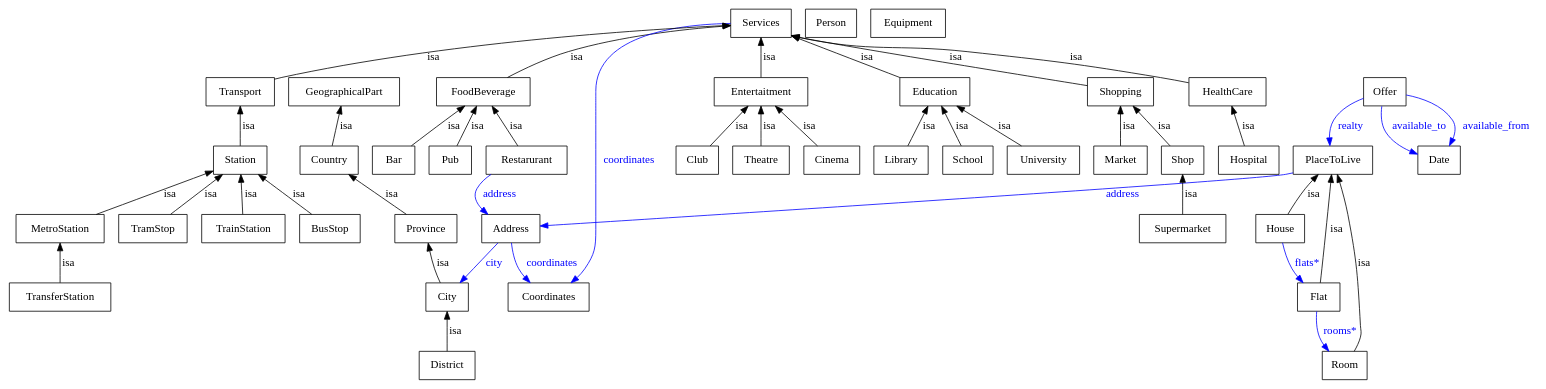
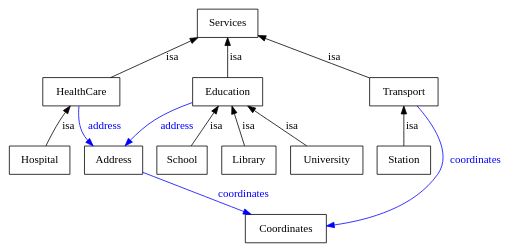
The diagram in trunk/protege/house.dot (deric/housing), drawn with Graphviz before and after one commit. The commit also changed 5 other files, not shown here.

```diff
--- a/trunk/protege/house.dot
+++ b/trunk/protege/house.dot
@@ -1,87 +1,27 @@
 digraph house {
 	node [label="\N"];
-	graph [bb="0,0,1860,486"];
-	PlaceToLive [label=PlaceToLive, shape=box, color="0.0,0.0,0.0", fontcolor="0.0,0.0,0.0", pos="1610,288", width="1.33", height="0.50"];
-	Address [label=Address, shape=box, color="0.0,0.0,0.0", fontcolor="0.0,0.0,0.0", pos="606,198", width="0.97", height="0.50"];
-	District [label=District, shape=box, color="0.0,0.0,0.0", fontcolor="0.0,0.0,0.0", pos="535,18", width="0.92", height="0.50"];
-	City [label=City, shape=box, color="0.0,0.0,0.0", fontcolor="0.0,0.0,0.0", pos="535,108", width="0.75", height="0.50"];
-	Province [label=Province, shape=box, color="0.0,0.0,0.0", fontcolor="0.0,0.0,0.0", pos="504,198", width="1.03", height="0.50"];
-	Country [label=Country, shape=box, color="0.0,0.0,0.0", fontcolor="0.0,0.0,0.0", pos="378,288", width="1.00", height="0.50"];
-	Bar [label=Bar, shape=box, color="0.0,0.0,0.0", fontcolor="0.0,0.0,0.0", pos="459,288", width="0.75", height="0.50"];
-	FoodBeverage [label=FoodBeverage, shape=box, color="0.0,0.0,0.0", fontcolor="0.0,0.0,0.0", pos="569,378", width="1.58", height="0.50"];
-	Club [label=Club, shape=box, color="0.0,0.0,0.0", fontcolor="0.0,0.0,0.0", pos="835,288", width="0.75", height="0.50"];
-	Entertaitment [label=Entertaitment, shape=box, color="0.0,0.0,0.0", fontcolor="0.0,0.0,0.0", pos="915,378", width="1.58", height="0.50"];
-	TramStop [label=TramStop, shape=box, color="0.0,0.0,0.0", fontcolor="0.0,0.0,0.0", pos="172,198", width="1.11", height="0.50"];
-	Station [label=Station, shape=box, color="0.0,0.0,0.0", fontcolor="0.0,0.0,0.0", pos="272,288", width="0.92", height="0.50"];
-	Restarurant [label=Restarurant, shape=box, color="0.0,0.0,0.0", fontcolor="0.0,0.0,0.0", pos="625,288", width="1.36", height="0.50"];
-	TrainStation [label=TrainStation, shape=box, color="0.0,0.0,0.0", fontcolor="0.0,0.0,0.0", pos="280,198", width="1.39", height="0.50"];
-	Education [label=Education, shape=box, color="0.0,0.0,0.0", fontcolor="0.0,0.0,0.0", pos="1126,378", width="1.17", height="0.50"];
-	Services [label=Services, shape=box, color="0.0,0.0,0.0", fontcolor="0.0,0.0,0.0", pos="915,468", width="1.00", height="0.50"];
-	Library [label=Library, shape=box, color="0.0,0.0,0.0", fontcolor="0.0,0.0,0.0", pos="1086,288", width="0.89", height="0.50"];
-	Coordinates [label=Coordinates, shape=box, color="0.0,0.0,0.0", fontcolor="0.0,0.0,0.0", pos="669,108", width="1.36", height="0.50"];
-	Transport [label=Transport, shape=box, color="0.0,0.0,0.0", fontcolor="0.0,0.0,0.0", pos="272,378", width="1.11", height="0.50"];
-	Room [label=Room, shape=box, color="0.0,0.0,0.0", fontcolor="0.0,0.0,0.0", pos="1624,18", width="0.75", height="0.50"];
-	Offer [label=Offer, shape=box, color="0.0,0.0,0.0", fontcolor="0.0,0.0,0.0", pos="1674,378", width="0.75", height="0.50"];
-	Date [label=Date, shape=box, color="0.0,0.0,0.0", fontcolor="0.0,0.0,0.0", pos="1742,288", width="0.75", height="0.50"];
-	Pub [label=Pub, shape=box, color="0.0,0.0,0.0", fontcolor="0.0,0.0,0.0", pos="531,288", width="0.75", height="0.50"];
-	Shopping [label=Shopping, shape=box, color="0.0,0.0,0.0", fontcolor="0.0,0.0,0.0", pos="1350,378", width="1.11", height="0.50"];
-	Person [label=Person, shape=box, color="0.0,0.0,0.0", fontcolor="0.0,0.0,0.0", pos="1000,468", width="0.86", height="0.50"];
-	Equipment [label=Equipment, shape=box, color="0.0,0.0,0.0", fontcolor="0.0,0.0,0.0", pos="1094,468", width="1.25", height="0.50"];
-	Flat [label=Flat, shape=box, color="0.0,0.0,0.0", fontcolor="0.0,0.0,0.0", pos="1592,108", width="0.75", height="0.50"];
-	MetroStation [label=MetroStation, shape=box, color="0.0,0.0,0.0", fontcolor="0.0,0.0,0.0", pos="61,198", width="1.47", height="0.50"];
-	Market [label=Market, shape=box, color="0.0,0.0,0.0", fontcolor="0.0,0.0,0.0", pos="1350,288", width="0.89", height="0.50"];
-	House [label=House, shape=box, color="0.0,0.0,0.0", fontcolor="0.0,0.0,0.0", pos="1545,198", width="0.81", height="0.50"];
-	Theatre [label=Theatre, shape=box, color="0.0,0.0,0.0", fontcolor="0.0,0.0,0.0", pos="915,288", width="0.97", height="0.50"];
-	School [label=School, shape=box, color="0.0,0.0,0.0", fontcolor="0.0,0.0,0.0", pos="1166,288", width="0.83", height="0.50"];
-	Hospital [label=Hospital, shape=box, color="0.0,0.0,0.0", fontcolor="0.0,0.0,0.0", pos="1508,288", width="1.00", height="0.50"];
-	HealthCare [label=HealthCare, shape=box, color="0.0,0.0,0.0", fontcolor="0.0,0.0,0.0", pos="1482,378", width="1.31", height="0.50"];
-	GeographicalPart [label=GeographicalPart, shape=box, color="0.0,0.0,0.0", fontcolor="0.0,0.0,0.0", pos="397,378", width="1.86", height="0.50"];
-	Supermarket [label=Supermarket, shape=box, color="0.0,0.0,0.0", fontcolor="0.0,0.0,0.0", pos="1427,198", width="1.44", height="0.50"];
-	Shop [label=Shop, shape=box, color="0.0,0.0,0.0", fontcolor="0.0,0.0,0.0", pos="1427,288", width="0.75", height="0.50"];
-	TransferStation [label=TransferStation, shape=box, color="0.0,0.0,0.0", fontcolor="0.0,0.0,0.0", pos="61,108", width="1.69", height="0.50"];
-	Cinema [label=Cinema, shape=box, color="0.0,0.0,0.0", fontcolor="0.0,0.0,0.0", pos="1002,288", width="0.94", height="0.50"];
-	University [label=University, shape=box, color="0.0,0.0,0.0", fontcolor="0.0,0.0,0.0", pos="1257,288", width="1.19", height="0.50"];
-	BusStop [label=BusStop, shape=box, color="0.0,0.0,0.0", fontcolor="0.0,0.0,0.0", pos="384,198", width="1.00", height="0.50"];
-	PlaceToLive -> Address [style=filled, label=address, color="0.6666667,1.0,1.0", fontcolor="0.6666667,1.0,1.0", pos="e,641,200 1562,272 1559,271 1556,271 1553,270 1508,260 833,214 651,201", lp="1397,243"];
-	City -> District [label=isa, color="0.0,0.0,0.0", fontcolor="0.0,0.0,0.0", dir=back, pos="s,535,90 535,80 535,65 535,49 535,36", lp="545,63"];
-	Country -> Province [label=isa, color="0.0,0.0,0.0", fontcolor="0.0,0.0,0.0", dir=back, pos="s,403,270 411,264 432,249 459,230 478,216", lp="463,243"];
-	FoodBeverage -> Bar [label=isa, color="0.0,0.0,0.0", fontcolor="0.0,0.0,0.0", dir=back, pos="s,547,360 539,353 521,338 498,320 481,306", lp="535,333"];
-	Entertaitment -> Club [label=isa, color="0.0,0.0,0.0", fontcolor="0.0,0.0,0.0", dir=back, pos="s,899,360 892,352 879,337 863,320 851,306", lp="893,333"];
-	Station -> TramStop [label=isa, color="0.0,0.0,0.0", fontcolor="0.0,0.0,0.0", dir=back, pos="s,252,270 244,263 228,248 207,230 192,216", lp="242,243"];
-	FoodBeverage -> Restarurant [label=isa, color="0.0,0.0,0.0", fontcolor="0.0,0.0,0.0", dir=back, pos="s,580,360 585,351 595,337 606,319 614,306", lp="613,333"];
-	Restarurant -> Address [style=filled, label=address, color="0.6666667,1.0,1.0", fontcolor="0.6666667,1.0,1.0", pos="e,580,216 584,270 577,265 571,259 567,252 562,242 566,232 573,223", lp="597,243"];
-	Station -> TrainStation [label=isa, color="0.0,0.0,0.0", fontcolor="0.0,0.0,0.0", dir=back, pos="s,274,270 275,260 276,245 277,229 278,216", lp="288,243"];
-	Services -> Education [label=isa, color="0.0,0.0,0.0", fontcolor="0.0,0.0,0.0", dir=back, pos="s,951,453 960,449 997,433 1048,412 1084,396", lp="1050,423"];
-	Education -> Library [label=isa, color="0.0,0.0,0.0", fontcolor="0.0,0.0,0.0", dir=back, pos="s,1118,360 1114,350 1107,336 1100,319 1094,306", lp="1118,333"];
-	Services -> Coordinates [style=filled, label=coordinates, color="0.6666667,1.0,1.0", fontcolor="0.6666667,1.0,1.0", pos="e,685,126 879,460 820,445 710,414 710,378 710,378 710,378 710,198 710,173 707,166 696,144 694,141 693,138 691,134", lp="750,288"];
-	Services -> Transport [label=isa, color="0.0,0.0,0.0", fontcolor="0.0,0.0,0.0", dir=back, pos="s,879,466 869,466 768,461 522,444 321,396 318,395 315,394 312,393", lp="527,423"];
-	PlaceToLive -> Room [label=isa, color="0.0,0.0,0.0", fontcolor="0.0,0.0,0.0", dir=back, pos="s,1614,270 1616,260 1617,257 1618,255 1618,252 1634,172 1637,152 1643,72 1643,64 1644,61 1643,54 1641,48 1638,42 1636,36", lp="1644,153"];
-	Offer -> Date [style=filled, label=available_to, color="0.6666667,1.0,1.0", fontcolor="0.6666667,1.0,1.0", pos="e,1715,295 1670,360 1668,349 1668,334 1675,324 1682,313 1694,305 1706,299", lp="1716,333"];
-	Offer -> Date [style=filled, label=available_from, color="0.6666667,1.0,1.0", fontcolor="0.6666667,1.0,1.0", pos="e,1754,306 1701,374 1720,370 1745,360 1758,342 1763,334 1762,324 1758,315", lp="1810,333"];
-	Offer -> PlaceToLive [style=filled, label=realty, color="0.6666667,1.0,1.0", fontcolor="0.6666667,1.0,1.0", pos="e,1606,306 1647,369 1634,364 1619,355 1611,342 1606,334 1605,325 1605,316", lp="1631,333"];
-	Province -> City [label=isa, color="0.0,0.0,0.0", fontcolor="0.0,0.0,0.0", dir=back, pos="s,506,180 507,170 509,161 511,152 514,144 516,138 520,132 523,126", lp="524,153"];
-	FoodBeverage -> Pub [label=isa, color="0.0,0.0,0.0", fontcolor="0.0,0.0,0.0", dir=back, pos="s,561,360 557,350 551,336 544,319 539,306", lp="565,333"];
-	Services -> Shopping [label=isa, color="0.0,0.0,0.0", fontcolor="0.0,0.0,0.0", dir=back, pos="s,951,453 961,450 1007,437 1021,440 1063,432 1151,415 1254,396 1310,386", lp="1157,423"];
-	Services -> Entertaitment [label=isa, color="0.0,0.0,0.0", fontcolor="0.0,0.0,0.0", dir=back, pos="s,915,450 915,440 915,425 915,409 915,396", lp="925,423"];
-	Address -> Coordinates [style=filled, label=coordinates, color="0.6666667,1.0,1.0", fontcolor="0.6666667,1.0,1.0", pos="e,634,126 606,180 607,169 609,154 616,144 619,140 622,136 626,133", lp="656,153"];
-	Address -> City [style=filled, label=city, color="0.6666667,1.0,1.0", fontcolor="0.6666667,1.0,1.0", pos="e,549,126 592,180 582,167 567,149 555,134", lp="591,153"];
-	PlaceToLive -> Flat [label=isa, color="0.0,0.0,0.0", fontcolor="0.0,0.0,0.0", dir=back, pos="s,1608,270 1607,260 1604,231 1600,184 1596,144 1595,138 1595,132 1594,126", lp="1611,198"];
-	Flat -> Room [style=filled, label="rooms*", color="0.6666667,1.0,1.0", fontcolor="0.6666667,1.0,1.0", pos="e,1604,36 1589,90 1588,79 1588,65 1593,54 1594,50 1596,47 1598,44", lp="1618,63"];
-	Station -> MetroStation [label=isa, color="0.0,0.0,0.0", fontcolor="0.0,0.0,0.0", dir=back, pos="s,239,274 229,270 193,254 141,232 104,216", lp="197,243"];
-	Shopping -> Market [label=isa, color="0.0,0.0,0.0", fontcolor="0.0,0.0,0.0", dir=back, pos="s,1350,360 1350,350 1350,335 1350,319 1350,306", lp="1359,333"];
-	Services -> FoodBeverage [label=isa, color="0.0,0.0,0.0", fontcolor="0.0,0.0,0.0", dir=back, pos="s,879,466 869,465 820,462 741,453 677,432 650,423 620,408 599,396", lp="696,423"];
-	PlaceToLive -> House [label=isa, color="0.0,0.0,0.0", fontcolor="0.0,0.0,0.0", dir=back, pos="s,1592,270 1585,262 1582,259 1579,255 1577,252 1569,241 1561,227 1555,216", lp="1586,243"];
-	House -> Flat [style=filled, label="flats*", color="0.6666667,1.0,1.0", fontcolor="0.6666667,1.0,1.0", pos="e,1571,126 1547,180 1549,169 1552,155 1558,144 1560,140 1562,137 1564,134", lp="1577,153"];
-	Entertaitment -> Theatre [label=isa, color="0.0,0.0,0.0", fontcolor="0.0,0.0,0.0", dir=back, pos="s,915,360 915,350 915,335 915,319 915,306", lp="925,333"];
-	Education -> School [label=isa, color="0.0,0.0,0.0", fontcolor="0.0,0.0,0.0", dir=back, pos="s,1134,360 1138,350 1145,336 1152,319 1158,306", lp="1158,333"];
-	HealthCare -> Hospital [label=isa, color="0.0,0.0,0.0", fontcolor="0.0,0.0,0.0", dir=back, pos="s,1487,360 1490,350 1494,336 1499,319 1503,306", lp="1505,333"];
-	GeographicalPart -> Country [label=isa, color="0.0,0.0,0.0", fontcolor="0.0,0.0,0.0", dir=back, pos="s,393,360 391,350 388,336 384,319 382,306", lp="401,333"];
-	Transport -> Station [label=isa, color="0.0,0.0,0.0", fontcolor="0.0,0.0,0.0", dir=back, pos="s,272,360 272,350 272,335 272,319 272,306", lp="282,333"];
-	Shop -> Supermarket [label=isa, color="0.0,0.0,0.0", fontcolor="0.0,0.0,0.0", dir=back, pos="s,1427,270 1427,260 1427,245 1427,229 1427,216", lp="1436,243"];
-	MetroStation -> TransferStation [label=isa, color="0.0,0.0,0.0", fontcolor="0.0,0.0,0.0", dir=back, pos="s,61,180 61,170 61,155 61,139 61,126", lp="71,153"];
-	Services -> HealthCare [label=isa, color="0.0,0.0,0.0", fontcolor="0.0,0.0,0.0", dir=back, pos="s,951,452 961,450 1054,429 1080,443 1171,432 1272,419 1298,414 1399,396 1411,394 1423,391 1435,389", lp="1296,423"];
-	Entertaitment -> Cinema [label=isa, color="0.0,0.0,0.0", fontcolor="0.0,0.0,0.0", dir=back, pos="s,933,360 940,353 954,338 971,320 984,306", lp="978,333"];
-	Education -> University [label=isa, color="0.0,0.0,0.0", fontcolor="0.0,0.0,0.0", dir=back, pos="s,1153,360 1161,354 1183,339 1211,320 1231,306", lp="1211,333"];
-	Shopping -> Shop [label=isa, color="0.0,0.0,0.0", fontcolor="0.0,0.0,0.0", dir=back, pos="s,1366,360 1372,352 1385,337 1400,320 1411,306", lp="1404,333"];
-	Station -> BusStop [label=isa, color="0.0,0.0,0.0", fontcolor="0.0,0.0,0.0", dir=back, pos="s,295,270 303,263 321,248 345,230 361,216", lp="349,243"];
+	graph [bb="0,0,523,306"];
+	Hospital [label=Hospital, shape=box, color="0.0,0.0,0.0", fontcolor="0.0,0.0,0.0", pos="31,108", width="0.86111", height="0.5"];
+	HealthCare [label=HealthCare, shape=box, color="0.0,0.0,0.0", fontcolor="0.0,0.0,0.0", pos="81,198", width="1.0833", height="0.5"];
+	School [label=School, shape=box, color="0.0,0.0,0.0", fontcolor="0.0,0.0,0.0", pos="185,108", width="0.75", height="0.5"];
+	Education [label=Education, shape=box, color="0.0,0.0,0.0", fontcolor="0.0,0.0,0.0", pos="233,198", width="0.97222", height="0.5"];
+	Station [label=Station, shape=box, color="0.0,0.0,0.0", fontcolor="0.0,0.0,0.0", pos="421,108", width="0.75", height="0.5"];
+	Transport [label=Transport, shape=box, color="0.0,0.0,0.0", fontcolor="0.0,0.0,0.0", pos="421,198", width="0.94444", height="0.5"];
+	Coordinates [label=Coordinates, shape=box, color="0.0,0.0,0.0", fontcolor="0.0,0.0,0.0", pos="371,18", width="1.1111", height="0.5"];
+	Services [label=Services, shape=box, color="0.0,0.0,0.0", fontcolor="0.0,0.0,0.0", pos="233,288", width="0.86111", height="0.5"];
+	Address [label=Address, shape=box, color="0.0,0.0,0.0", fontcolor="0.0,0.0,0.0", pos="110,108", width="0.83333", height="0.5"];
+	Library [label=Library, shape=box, color="0.0,0.0,0.0", fontcolor="0.0,0.0,0.0", pos="258,108", width="0.77778", height="0.5"];
+	University [label=University, shape=box, color="0.0,0.0,0.0", fontcolor="0.0,0.0,0.0", pos="340,108", width=1, height="0.5"];
+	HealthCare -> Hospital [dir=back, label=isa, color="0.0,0.0,0.0", fontcolor="0.0,0.0,0.0", pos="s,70.191,179.76 65.073,170.93 63.346,167.93 61.626,164.9 60,162 53.345,150.12 46.095,136.62 40.509,126.09", lp="67.5,153"];
+	Education -> School [dir=back, label=isa, color="0.0,0.0,0.0", fontcolor="0.0,0.0,0.0", pos="s,223.29,179.79 218.49,170.79 210.79,156.35 201.53,138.99 194.7,126.19", lp="220.5,153"];
+	Transport -> Station [dir=back, label=isa, color="0.0,0.0,0.0", fontcolor="0.0,0.0,0.0", pos="s,421,179.79 421,169.55 421,155.36 421,138.62 421,126.19", lp="428.5,153"];
+	Services -> HealthCare [dir=back, label=isa, color="0.0,0.0,0.0", fontcolor="0.0,0.0,0.0", pos="s,202.24,269.79 193.51,264.62 167.9,249.46 135.04,230 111.45,216.03", lp="178.5,243"];
+	HealthCare -> Address [label=address, color="0.6666667,1.0,1.0", fontcolor="0.6666667,1.0,1.0", style=filled, pos="e,92.359,126.05 78.536,179.99 77.743,169.24 77.937,155.49 82,144 83.17,140.69 84.775,137.45 86.629,134.35", lp="102.5,153"];
+	Services -> Education [dir=back, label=isa, color="0.0,0.0,0.0", fontcolor="0.0,0.0,0.0", pos="s,233,269.79 233,259.55 233,245.36 233,228.62 233,216.19", lp="240.5,243"];
+	Education -> Address [label=address, color="0.6666667,1.0,1.0", fontcolor="0.6666667,1.0,1.0", style=filled, pos="e,123.53,126.17 197.91,184.25 185.05,178.38 170.77,170.83 159,162 148.4,154.05 138.27,143.57 130.01,133.96", lp="179.5,153"];
+	Education -> Library [dir=back, label=isa, color="0.0,0.0,0.0", fontcolor="0.0,0.0,0.0", pos="s,238.06,179.79 240.79,169.96 244.75,155.69 249.46,138.74 252.95,126.19", lp="254.5,153"];
+	Education -> University [dir=back, label=isa, color="0.0,0.0,0.0", fontcolor="0.0,0.0,0.0", pos="s,254.65,179.79 262.44,173.24 280.14,158.35 302.29,139.72 318.38,126.19", lp="303.5,153"];
+	Services -> Transport [dir=back, label=isa, color="0.0,0.0,0.0", fontcolor="0.0,0.0,0.0", pos="s,264.04,273.14 273.18,268.77 306.96,252.6 354.72,229.73 386.72,214.41", lp="350.5,243"];
+	Transport -> Coordinates [label=coordinates, color="0.6666667,1.0,1.0", fontcolor="0.6666667,1.0,1.0", style=filled, pos="e,404.77,36.203 435.27,179.93 450.68,158.08 471.22,120.44 457,90 447.81,70.318 430.3,54.117 413.46,42.101", lp="492,108"];
+	Address -> Coordinates [label=coordinates, color="0.6666667,1.0,1.0", fontcolor="0.6666667,1.0,1.0", style=filled, pos="e,330.8,29.47 140.08,93.687 143.07,92.393 146.08,91.141 149,90 207.18,67.233 275.81,45.773 321.19,32.303", lp="276,63"];
 }
```
